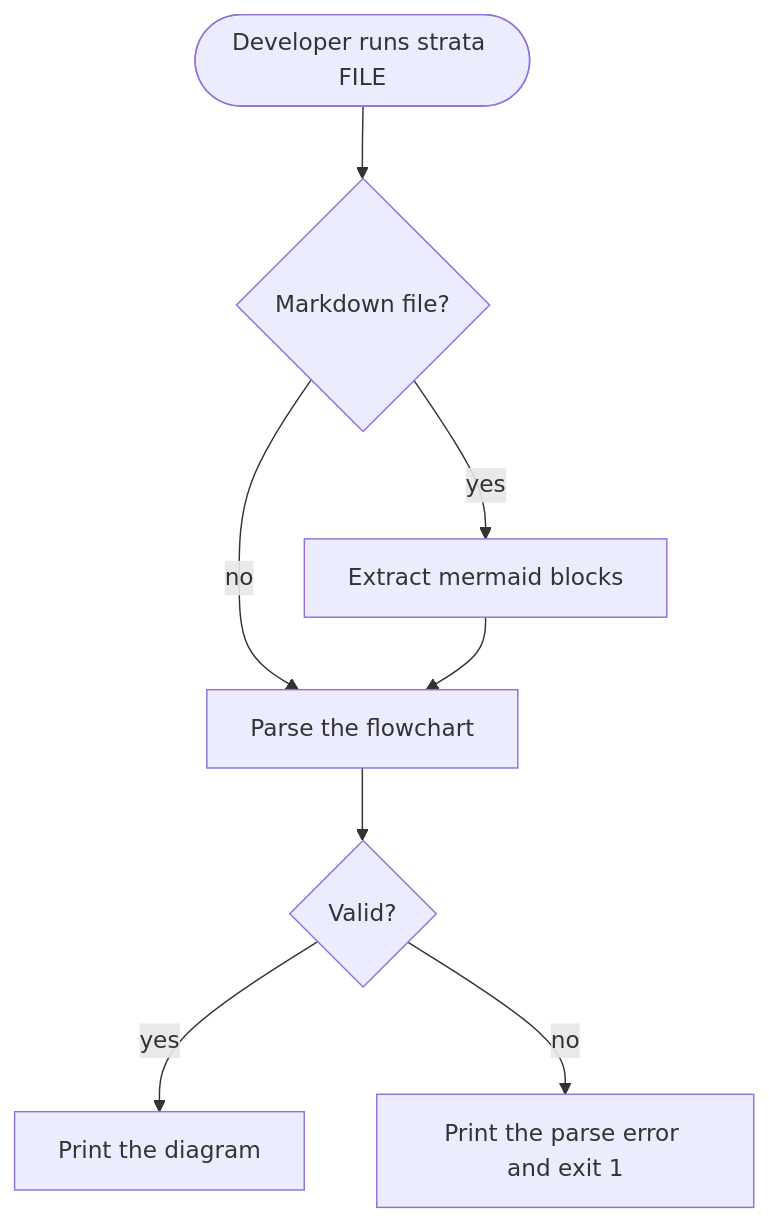
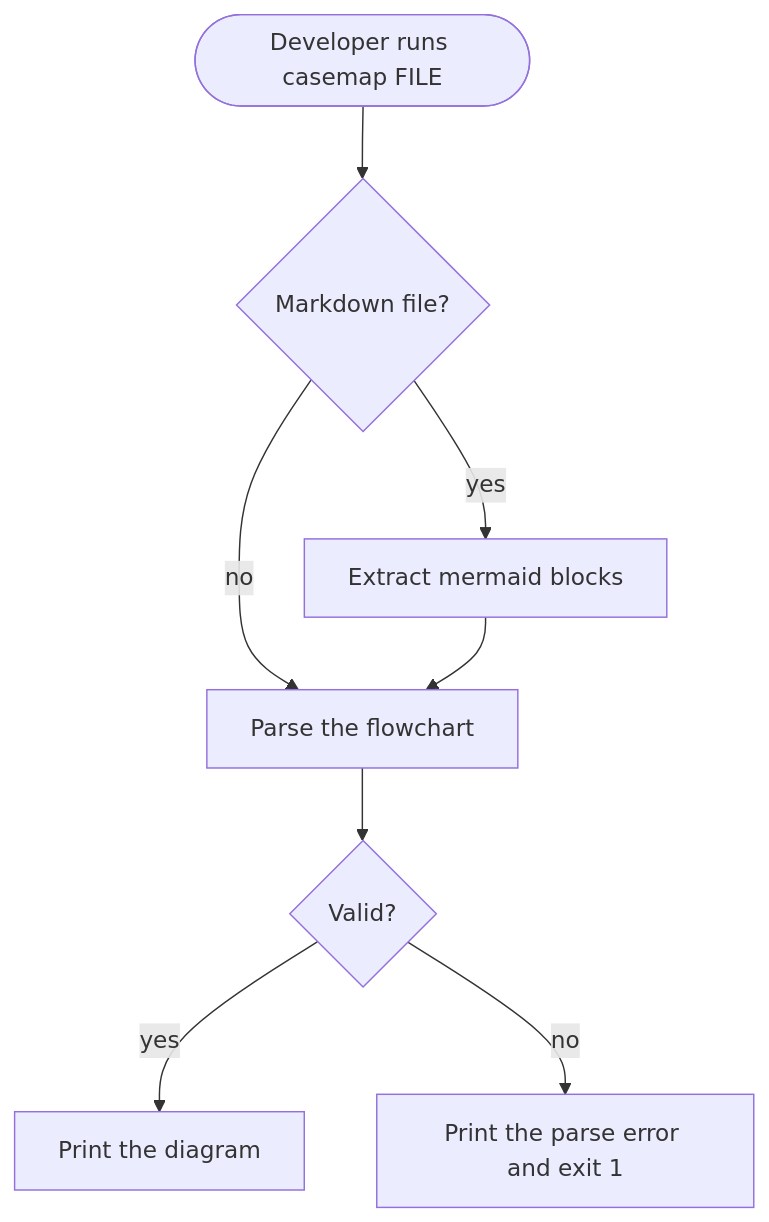
One commit to Ross-cripto/casemap changed the diagram in docs/flows/render-a-diagram.md. Above: the diagram before and after it, drawn with Mermaid. The commit also changed other lines of this file and 65 other files, not shown here.

First line of the commit message:
chore: rename the product from strata to casemap

````diff
--- a/docs/flows/render-a-diagram.md
+++ b/docs/flows/render-a-diagram.md
@@ -5,13 +5,13 @@
 ```mermaid
 flowchart TD
-    dev([Developer runs strata FILE]) --> kind{Markdown file?}
+    dev([Developer runs casemap FILE]) --> kind{Markdown file?}
     kind -->|no| parse[Parse the flowchart]
     kind -->|yes| blocks[Extract mermaid blocks]
     blocks --> parse
     parse --> ok{Valid?}
     ok -->|yes| draw[Print the diagram]
     ok -->|no| error[Print the parse error and exit 1]
     %% @code parse src/parser.rs
     %% @code blocks src/markdown.rs
     %% @code draw src/render.rs src/canvas.rs src/layout src/route.rs
 ```
````
